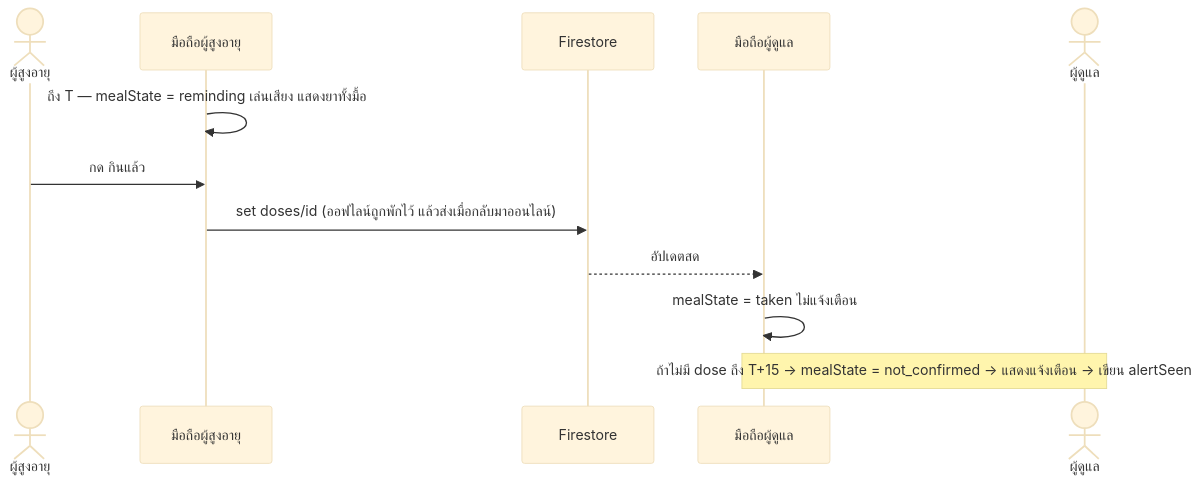
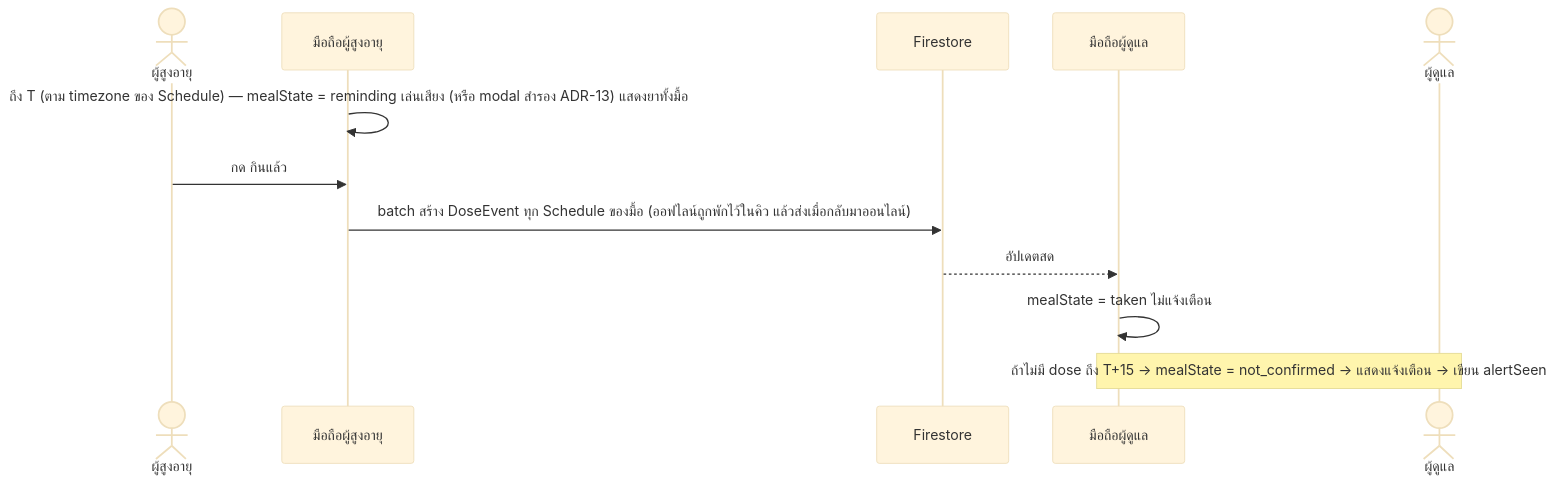
The seventh of 7 diagrams in docs/03-design/architecture.md (yaroo393-png/MedMind), drawn with Mermaid (base theme) before and after one commit. The commit also changed other lines of this file and 8 other files, not shown here.

Commit message:
docs: refine core architecture, data contract, and security rules for Increment 1

````diff
--- a/docs/03-design/architecture.md
+++ b/docs/03-design/architecture.md
@@ -232,14 +356,14 @@
 ```mermaid
 sequenceDiagram
   actor S as ผู้สูงอายุ
   participant SP as มือถือผู้สูงอายุ
   participant FS as Firestore
   participant CP as มือถือผู้ดูแล
   actor C as ผู้ดูแล
-  SP->>SP: ถึง T — mealState = reminding เล่นเสียง แสดงยาทั้งมื้อ
+  SP->>SP: ถึง T (ตาม timezone ของ Schedule) — mealState = reminding เล่นเสียง (หรือ modal สำรอง ADR-13) แสดงยาทั้งมื้อ
   S->>SP: กด กินแล้ว
-  SP->>FS: set doses/id (ออฟไลน์ถูกพักไว้ แล้วส่งเมื่อกลับมาออนไลน์)
+  SP->>FS: batch สร้าง DoseEvent ทุก Schedule ของมื้อ (ออฟไลน์ถูกพักไว้ในคิว แล้วส่งเมื่อกลับมาออนไลน์)
   FS-->>CP: อัปเดตสด
   CP->>CP: mealState = taken ไม่แจ้งเตือน
   Note over CP,C: ถ้าไม่มี dose ถึง T+15 → mealState = not_confirmed → แสดงแจ้งเตือน → เขียน alertSeen
 ```
````
